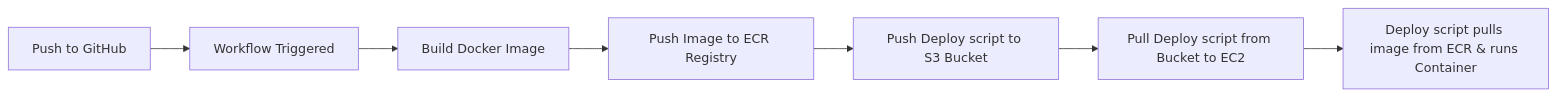
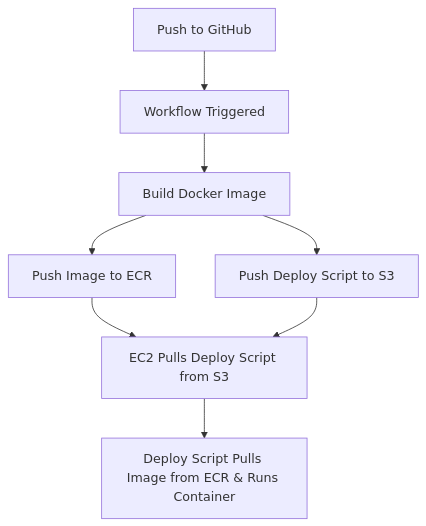
The diagram in README.md (MonkeyScourge/practice-ci-cd-pipeline), drawn with Mermaid before and after one commit.

Commit message:
[skip ci] updated Architecture diagram in README.md

````diff
--- a/README.md
+++ b/README.md
@@ -11,10 +11,10 @@
 ```mermaid
-flowchart LR
-	A[Push to GitHub] --> B[Workflow Triggered]
-	B --> C[Build Docker Image]
-	C --> D[Push Image to ECR Registry]
-	D --> E[Push Deploy script to S3 Bucket]
-	E --> F[Pull Deploy script from Bucket to EC2]
-	F --> G[Deploy script pulls image from ECR & runs Container]
-
+flowchart TD
+    A[Push to GitHub] --> B[Workflow Triggered]
+    B --> C[Build Docker Image]
+    C --> D[Push Image to ECR]
+    C --> E[Push Deploy Script to S3]
+    D --> F[EC2 Pulls Deploy Script from S3]
+    E --> F
+    F --> G[Deploy Script Pulls Image from ECR & Runs Container]
 ```
````
